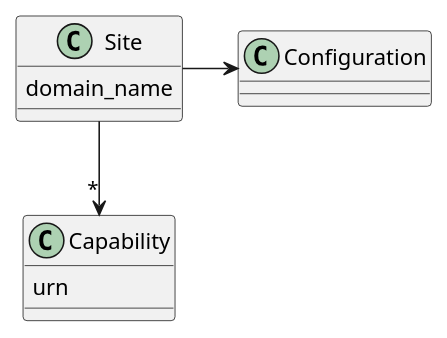
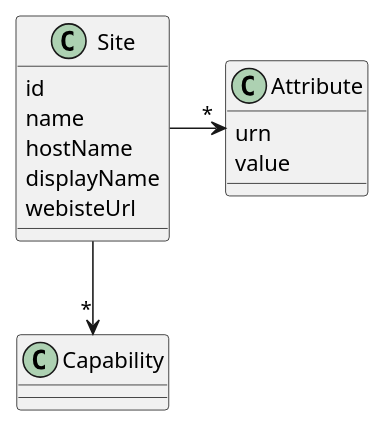
Before and after one commit to wutsi/wutsi-domain: the diagram in doc/capabilities/site/model.plantuml, drawn with PlantUML. The commit also changed 1 other file, not shown here.

Commit message:
update site documentation

```diff
--- a/doc/capabilities/site/model.plantuml
+++ b/doc/capabilities/site/model.plantuml
@@ -1,16 +1,18 @@
 @startuml
 class Site {
-  domain_name
+  id
+  name
+  hostName
+  displayName
+  webisteUrl
 }
 
-class Configuration {
-}
-
-class Capability {
+class Attribute {
   urn
+  value
 }
 
 
-Site -> Configuration
+Site ->"*"  Attribute
 Site -->"*" Capability
 @enduml
```
